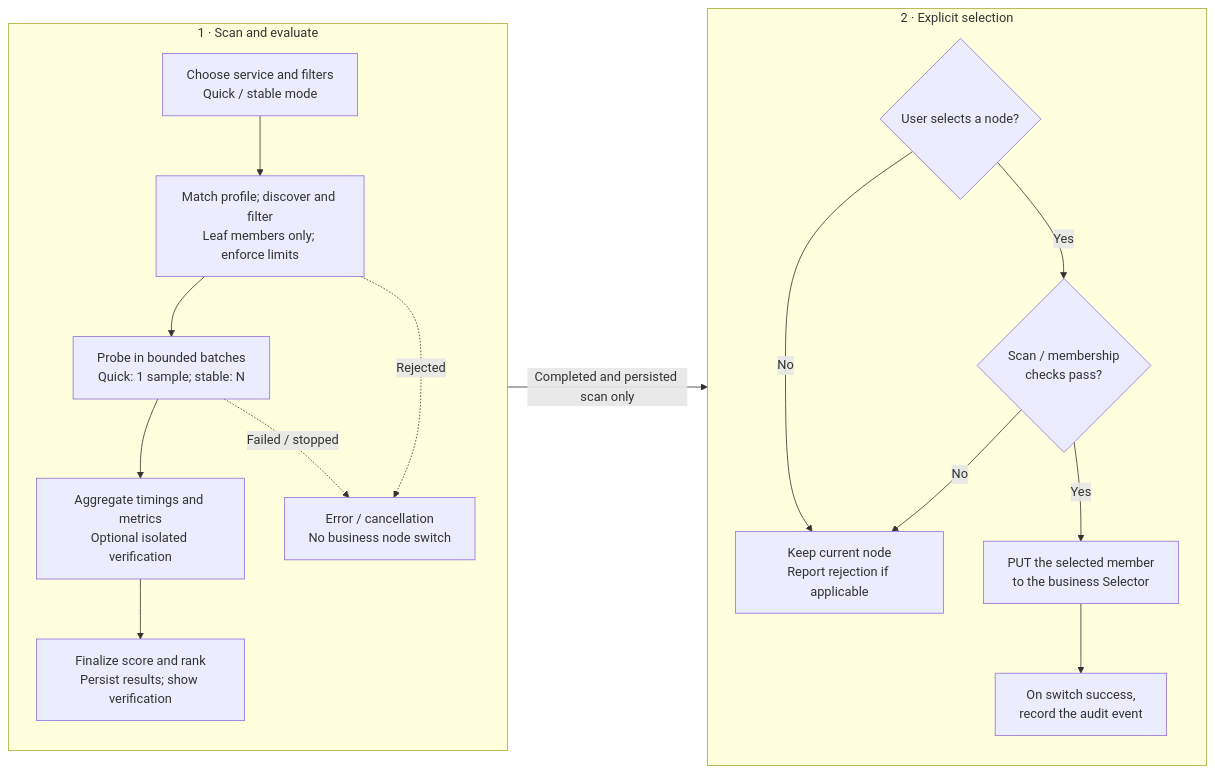
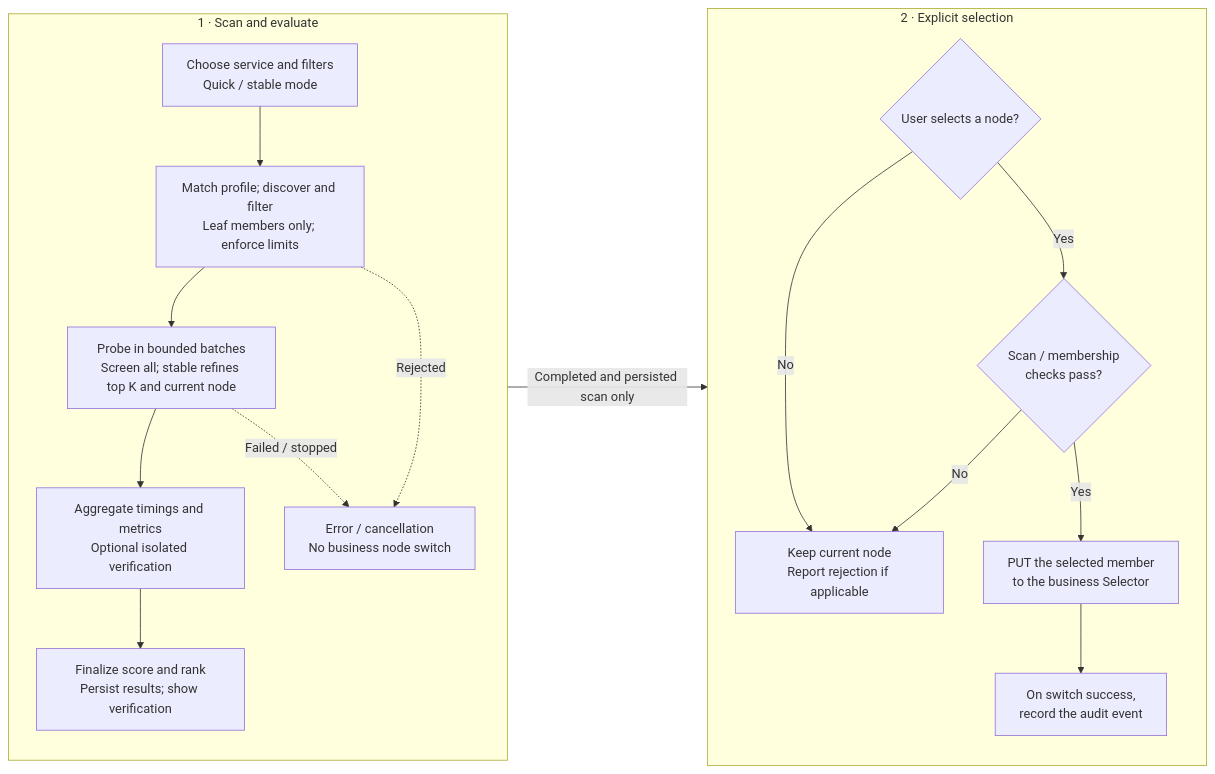
One commit to Uddoo/mihomo-smart-selector changed the second of 2 diagrams in README.md. Above: the diagram before and after it, drawn with Mermaid. The commit also changed 26 other files, not shown here.

````diff
--- a/README.md
+++ b/README.md
@@ -129,32 +129,32 @@
 ```mermaid
 flowchart LR
     subgraph scanning["1 · Scan and evaluate"]
         direction TB
         choose["Choose service and filters<br/>Quick / stable mode"]
         preflight["Match profile; discover and filter<br/>Leaf members only; enforce limits"]
-        probe["Probe in bounded batches<br/>Quick: 1 sample; stable: N"]
+        probe["Probe in bounded batches<br/>Screen all; stable refines top K and current node"]
         verify["Aggregate timings and metrics<br/>Optional isolated verification"]
         rank["Finalize score and rank<br/>Persist results; show verification"]
         stop["Error / cancellation<br/>No business node switch"]
 
         choose --> preflight --> probe --> verify --> rank
         preflight -.->|"Rejected"| stop
         probe -.->|"Failed / stopped"| stop
     end
 
     subgraph selection["2 · Explicit selection"]
         direction TB
         decide{"User selects a node?"}
         allowed{"Scan / membership<br/>checks pass?"}
         switch["PUT the selected member<br/>to the business Selector"]
         audit["On switch success,<br/>record the audit event"]
         keep["Keep current node<br/>Report rejection if applicable"]
 
         decide -->|"Yes"| allowed
         decide -->|"No"| keep
         allowed -->|"No"| keep
         allowed -->|"Yes"| switch --> audit
     end
 
     scanning -->|"Completed and persisted scan only"| selection
 ```
````
